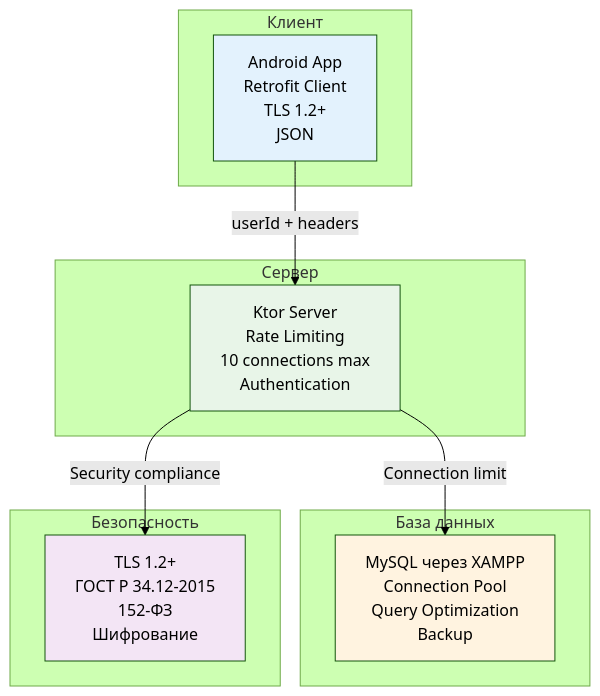
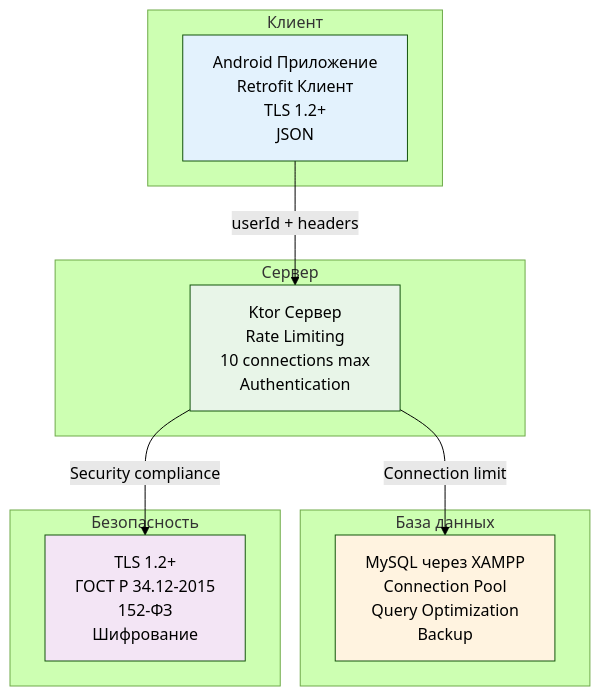
One commit to Angel-Energy/diplom- changed diagram 16 of 34 in ALL_DIAGRAMS.md. Above: the diagram before and after it, drawn with Mermaid (forest theme). The commit also changed other lines of this file and 7 other files, not shown here.

Commit message:
feat(diagrams): Fix diagram styles and update statistics

````diff
--- a/ALL_DIAGRAMS.md
+++ b/ALL_DIAGRAMS.md
@@ -508,22 +508,22 @@
 ```mermaid
 graph TD
     subgraph "Клиент"
-        A[Android App<br/>Retrofit Client<br/>TLS 1.2+<br/>JSON]
+        A[Android Приложение<br/>Retrofit Клиент<br/>TLS 1.2+<br/>JSON]
     end
     subgraph "Сервер"
-        B[Ktor Server<br/>Rate Limiting<br/>10 connections max<br/>Authentication]
+        B[Ktor Сервер<br/>Rate Limiting<br/>10 connections max<br/>Authentication]
     end
     subgraph "База данных"
         C[MySQL через XAMPP<br/>Connection Pool<br/>Query Optimization<br/>Backup]
     end
     subgraph "Безопасность"
         D[TLS 1.2+<br/>ГОСТ Р 34.12-2015<br/>152-ФЗ<br/>Шифрование]
     end
     A -->|userId + headers| B
     B -->|Connection limit| C
     B -->|Security compliance| D
     style A fill:#e3f2fd
     style B fill:#e8f5e8
     style C fill:#fff3e0
     style D fill:#f3e5f5
 ```
````
